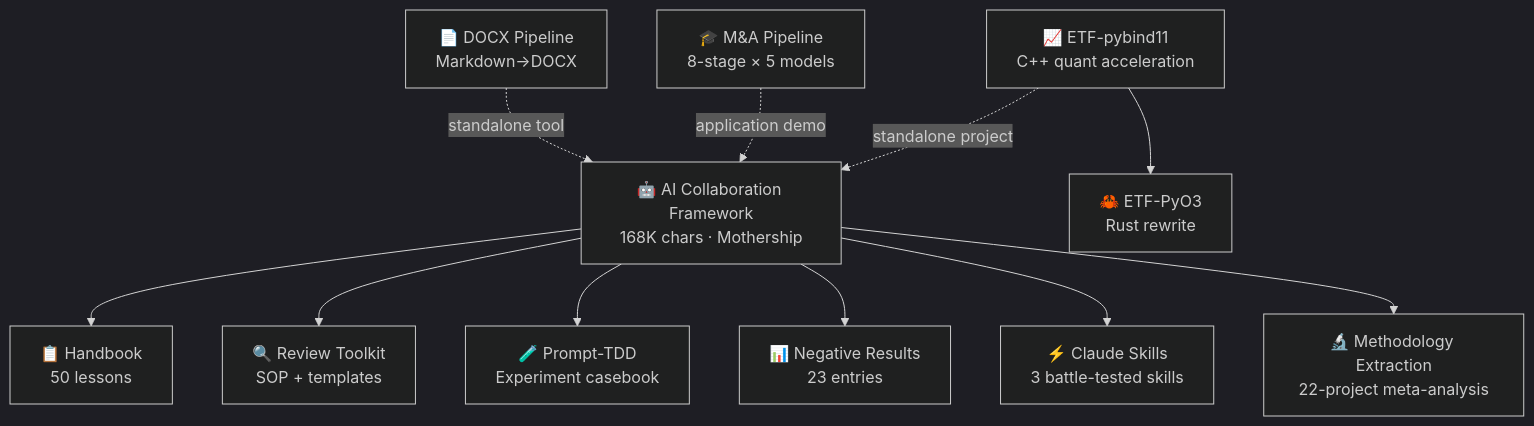
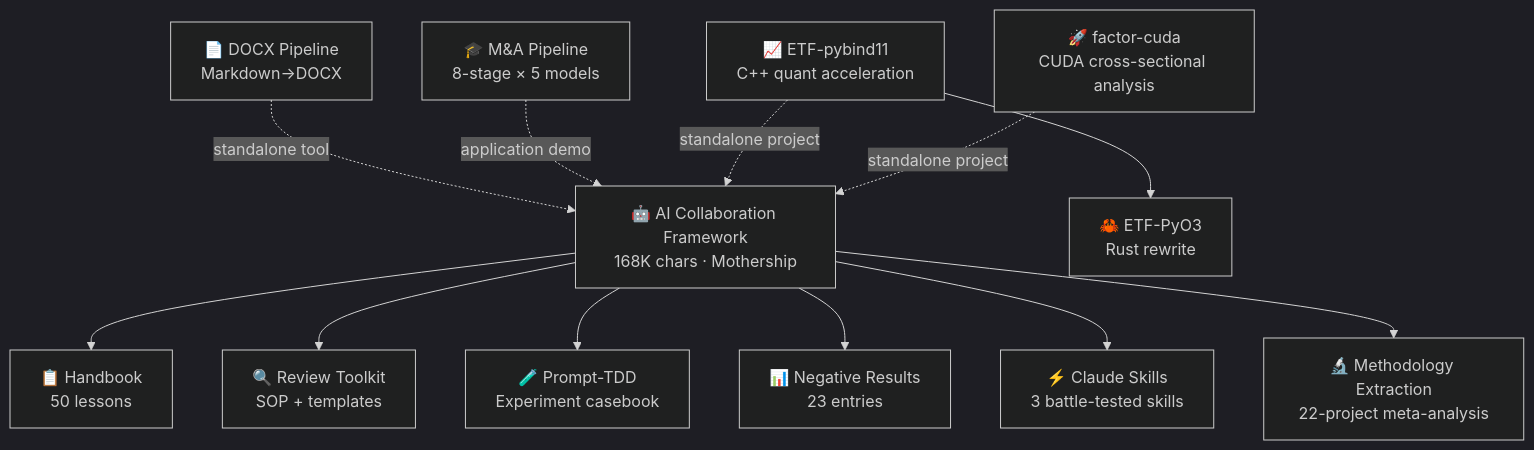
One commit to redamancy231-create/redamancy231-create changed the diagram in README.en.md. Above: the diagram before and after it, drawn with Mermaid (dark theme). The commit also changed 2 other files, not shown here.

Commit message:
docs: mermaid 图加 factor-cuda 节点（三语量化工程独立项目）

````diff
--- a/README.en.md
+++ b/README.en.md
@@ -49,14 +49,15 @@
 ```mermaid
 graph TB
     F["🤖 AI Collaboration Framework<br/>168K chars · Mothership"]
     F --> H["📋 Handbook<br/>50 lessons"]
     F --> R["🔍 Review Toolkit<br/>SOP + templates"]
     F --> P["🧪 Prompt-TDD<br/>Experiment casebook"]
     F --> N["📊 Negative Results<br/>23 entries"]
     F --> S["⚡ Claude Skills<br/>3 battle-tested skills"]
     F --> M["🔬 Methodology Extraction<br/>22-project meta-analysis"]
     D["📄 DOCX Pipeline<br/>Markdown→DOCX"] -.->|standalone tool| F
     A["🎓 M&A Pipeline<br/>8-stage × 5 models"] -.->|application demo| F
     Q["📈 ETF-pybind11<br/>C++ quant acceleration"] -.->|standalone project| F
     Q --> E["🦀 ETF-PyO3<br/>Rust rewrite"]
+    C["🚀 factor-cuda<br/>CUDA cross-sectional analysis"] -.->|standalone project| F
 ```
````
